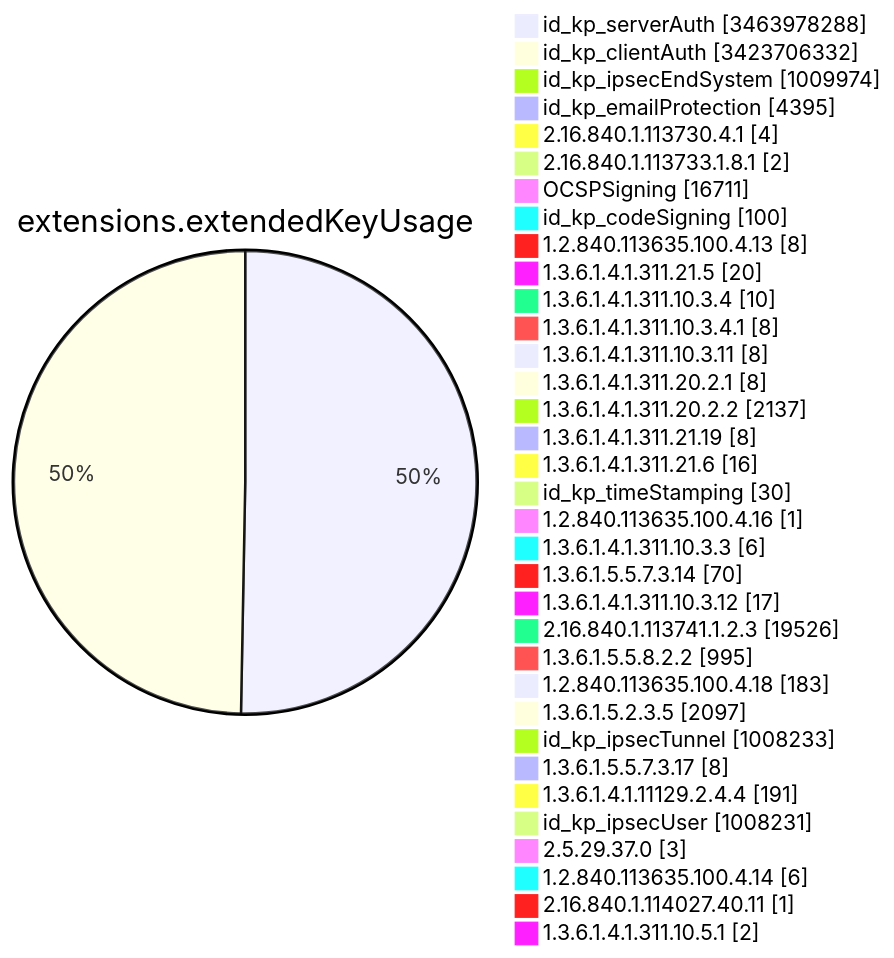
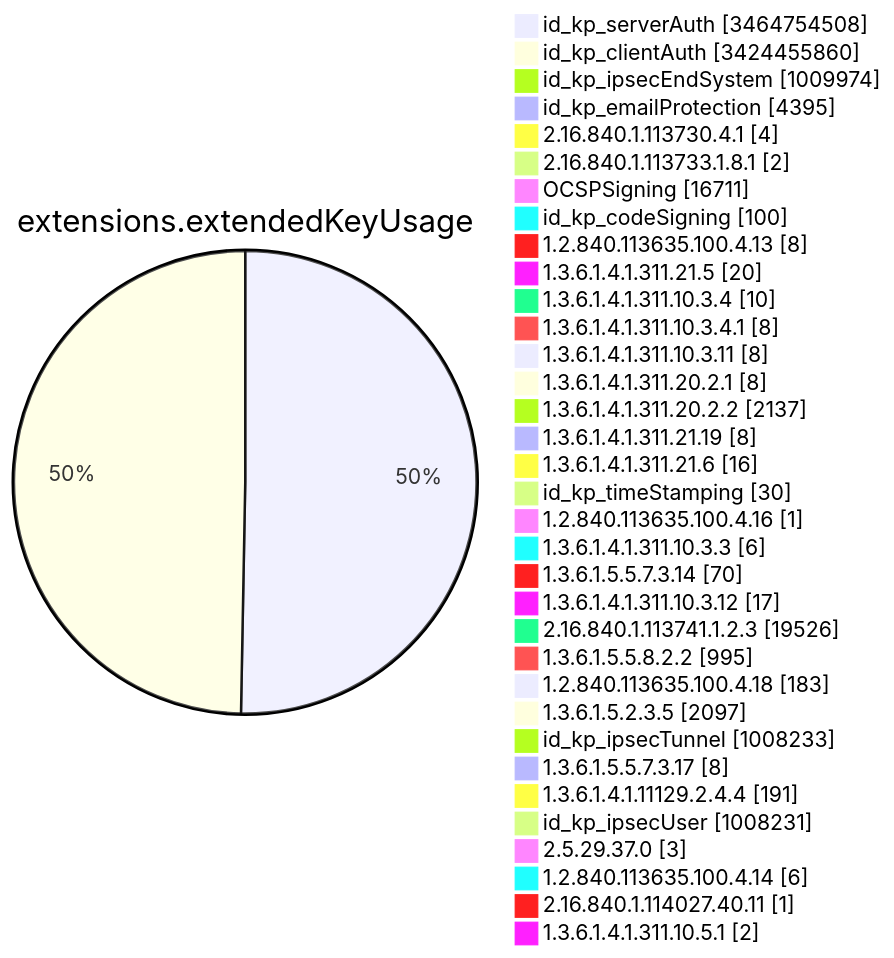
Diagram 11 of 15 in TOTAL/README.md (christiankrug/ctmonitor_visualization), drawn with Mermaid before and after one commit. The commit also changed other lines of this file, not shown here.

````diff
--- a/TOTAL/README.md
+++ b/TOTAL/README.md
@@ -4123,38 +4123,38 @@
 ```mermaid
 pie showData
 title extensions.extendedKeyUsage
-"id_kp_serverAuth" :3463978288
-"id_kp_clientAuth" :3423706332
+"id_kp_serverAuth" :3464754508
+"id_kp_clientAuth" :3424455860
 "id_kp_ipsecEndSystem" :1009974
 "id_kp_emailProtection" :4395
 "2.16.840.1.113730.4.1" :4
 "2.16.840.1.113733.1.8.1" :2
 "OCSPSigning" :16711
 "id_kp_codeSigning" :100
 "1.2.840.113635.100.4.13" :8
 "1.3.6.1.4.1.311.21.5" :20
 "1.3.6.1.4.1.311.10.3.4" :10
 "1.3.6.1.4.1.311.10.3.4.1" :8
 "1.3.6.1.4.1.311.10.3.11" :8
 "1.3.6.1.4.1.311.20.2.1" :8
 "1.3.6.1.4.1.311.20.2.2" :2137
 "1.3.6.1.4.1.311.21.19" :8
 "1.3.6.1.4.1.311.21.6" :16
 "id_kp_timeStamping" :30
 "1.2.840.113635.100.4.16" :1
 "1.3.6.1.4.1.311.10.3.3" :6
 "1.3.6.1.5.5.7.3.14" :70
 "1.3.6.1.4.1.311.10.3.12" :17
 "2.16.840.1.113741.1.2.3" :19526
 "1.3.6.1.5.5.8.2.2" :995
 "1.2.840.113635.100.4.18" :183
 "1.3.6.1.5.2.3.5" :2097
 "id_kp_ipsecTunnel" :1008233
 "1.3.6.1.5.5.7.3.17" :8
 "1.3.6.1.4.1.11129.2.4.4" :191
 "id_kp_ipsecUser" :1008231
 "2.5.29.37.0" :3
 "1.2.840.113635.100.4.14" :6
 "2.16.840.1.114027.40.11" :1
 "1.3.6.1.4.1.311.10.5.1" :2
 ```
````
